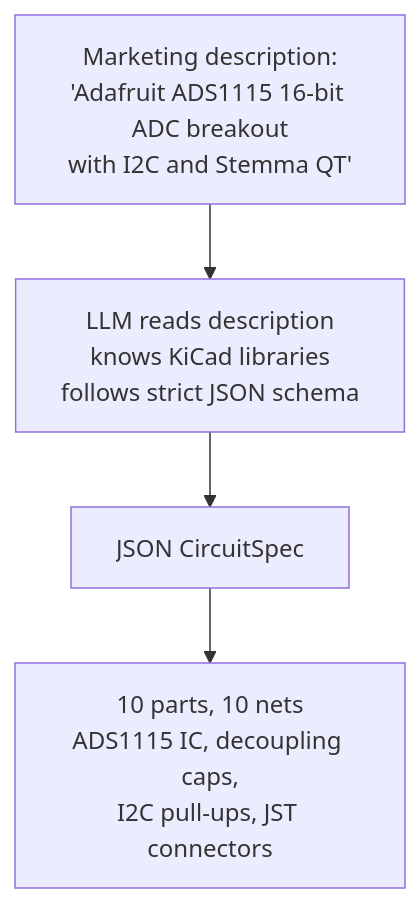
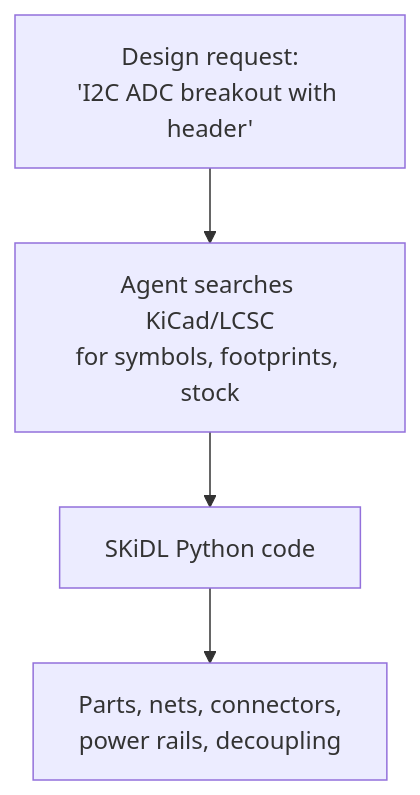
One commit to lachlanfysh/skidl changed the second of 8 diagrams in docs/ARCHITECTURE.md. Above: the diagram before and after it, drawn with Mermaid. The commit also changed other lines of this file and 7 other files, not shown here.

````diff
--- a/docs/ARCHITECTURE.md
+++ b/docs/ARCHITECTURE.md
@@ -41,6 +44,6 @@
 ```mermaid
 flowchart TD
-    A["Marketing description:\n'Adafruit ADS1115 16-bit ADC breakout\nwith I2C and Stemma QT'"] --> B["LLM reads description\nknows KiCad libraries\nfollows strict JSON schema"]
-    B --> C["JSON CircuitSpec"]
-    C --> D["10 parts, 10 nets\nADS1115 IC, decoupling caps,\nI2C pull-ups, JST connectors"]
+    A["Design request:\n'I2C ADC breakout with header'"] --> B["Agent searches KiCad/LCSC\nfor symbols, footprints, stock"]
+    B --> C["SKiDL Python code"]
+    C --> D["Parts, nets, connectors,\npower rails, decoupling"]
 ```
````
